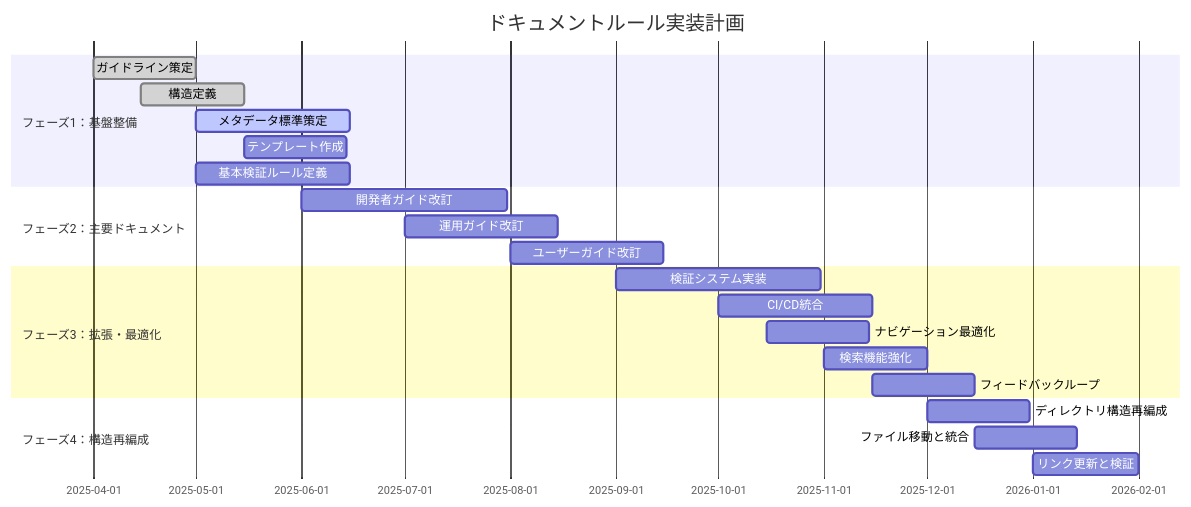
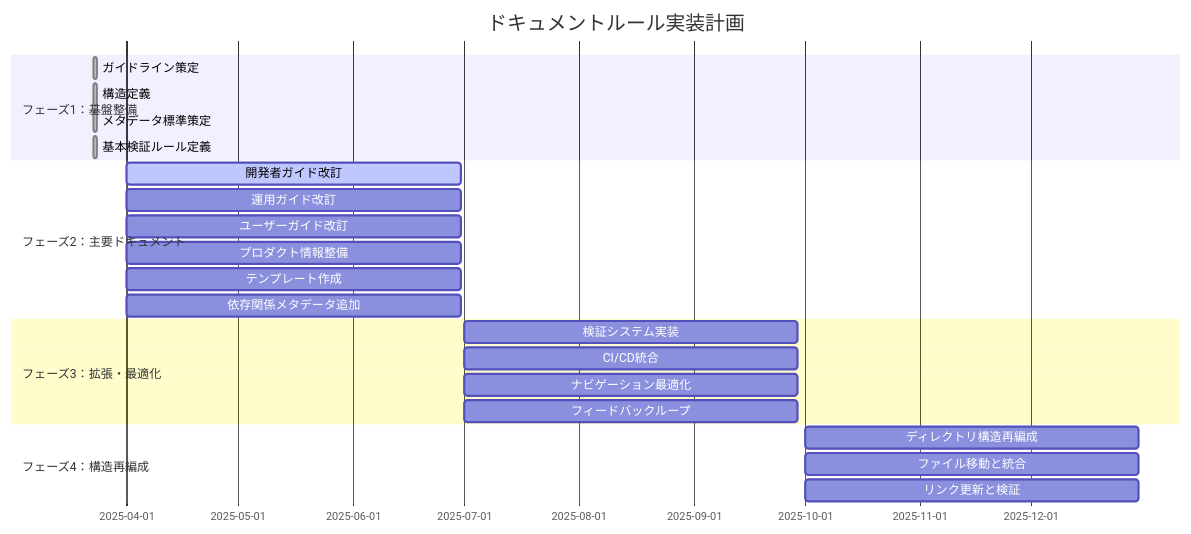
One commit to ToyB0x/git-resume changed the diagram in docs/PLAN.md. Above: the diagram before and after it, drawn with Mermaid. The commit also changed other lines of this file, not shown here.

````diff
--- a/docs/PLAN.md
+++ b/docs/PLAN.md
@@ -100,25 +100,26 @@
 ```mermaid
 gantt
     title ドキュメントルール実装計画
     dateFormat  YYYY-MM-DD
     section フェーズ1：基盤整備
-    ガイドライン策定      :done, g1, 2025-04-01, 30d
-    構造定義              :done, g2, 2025-04-15, 30d
-    メタデータ標準策定    :active, g3, 2025-05-01, 45d
-    テンプレート作成      :g4, 2025-05-15, 30d
-    基本検証ルール定義    :g5, 2025-05-01, 45d
+    ガイドライン策定      :done, g1, 2025-03-23, 1d
+    構造定義              :done, g2, 2025-03-23, 1d
+    メタデータ標準策定    :done, g3, 2025-03-23, 1d
+    基本検証ルール定義    :done, g4, 2025-03-23, 1d
     section フェーズ2：主要ドキュメント
-    開発者ガイド改訂      :g6, 2025-06-01, 60d
-    運用ガイド改訂        :g7, 2025-07-01, 45d
-    ユーザーガイド改訂    :g8, 2025-08-01, 45d
+    開発者ガイド改訂      :active, g5, 2025-04-01, 90d
+    運用ガイド改訂        :g6, 2025-04-01, 90d
+    ユーザーガイド改訂    :g7, 2025-04-01, 90d
+    プロダクト情報整備    :g8, 2025-04-01, 90d
+    テンプレート作成      :g9, 2025-04-01, 90d
+    依存関係メタデータ追加 :g10, 2025-04-01, 90d
     section フェーズ3：拡張・最適化
-    検証システム実装      :g9, 2025-09-01, 60d
-    CI/CD統合             :g10, 2025-10-01, 45d
-    ナビゲーション最適化  :g11, 2025-10-15, 30d
-    検索機能強化          :g12, 2025-11-01, 30d
-    フィードバックループ  :g13, 2025-11-15, 30d
+    検証システム実装      :g11, 2025-07-01, 90d
+    CI/CD統合             :g12, 2025-07-01, 90d
+    ナビゲーション最適化  :g13, 2025-07-01, 90d
+    フィードバックループ  :g14, 2025-07-01, 90d
     section フェーズ4：構造再編成
-    ディレクトリ構造再編成 :g14, 2025-12-01, 30d
-    ファイル移動と統合     :g15, 2025-12-15, 30d
-    リンク更新と検証       :g16, 2026-01-01, 31d
+    ディレクトリ構造再編成 :g15, 2025-10-01, 90d
+    ファイル移動と統合     :g16, 2025-10-01, 90d
+    リンク更新と検証       :g17, 2025-10-01, 90d
 ```
````
